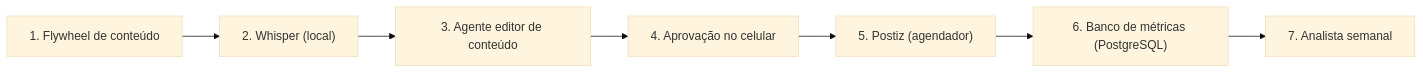
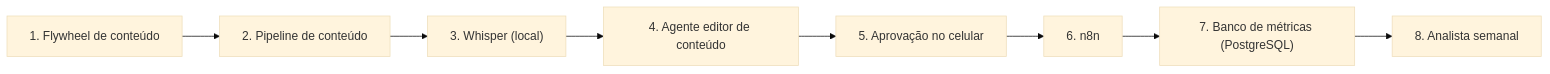
Before and after one commit to AlanMateus17/dev-setup: diagram 13 of 13 in docs/fluxos.md, drawn with Mermaid (base theme). The commit also changed other lines of this file and 38 other files, not shown here.

````diff
--- a/docs/fluxos.md
+++ b/docs/fluxos.md
@@ -381,16 +378,18 @@
 ```mermaid
 flowchart LR
   s0["1. Flywheel de conteúdo"]
-  s1["2. Whisper (local)"]
-  s2["3. Agente editor de conteúdo"]
-  s3["4. Aprovação no celular"]
-  s4["5. Postiz (agendador)"]
-  s5["6. Banco de métricas (PostgreSQL)"]
-  s6["7. Analista semanal"]
+  s1["2. Pipeline de conteúdo"]
+  s2["3. Whisper (local)"]
+  s3["4. Agente editor de conteúdo"]
+  s4["5. Aprovação no celular"]
+  s5["6. n8n"]
+  s6["7. Banco de métricas (PostgreSQL)"]
+  s7["8. Analista semanal"]
   s0 --> s1
   s1 --> s2
   s2 --> s3
   s3 --> s4
   s4 --> s5
   s5 --> s6
+  s6 --> s7
 ```
````
